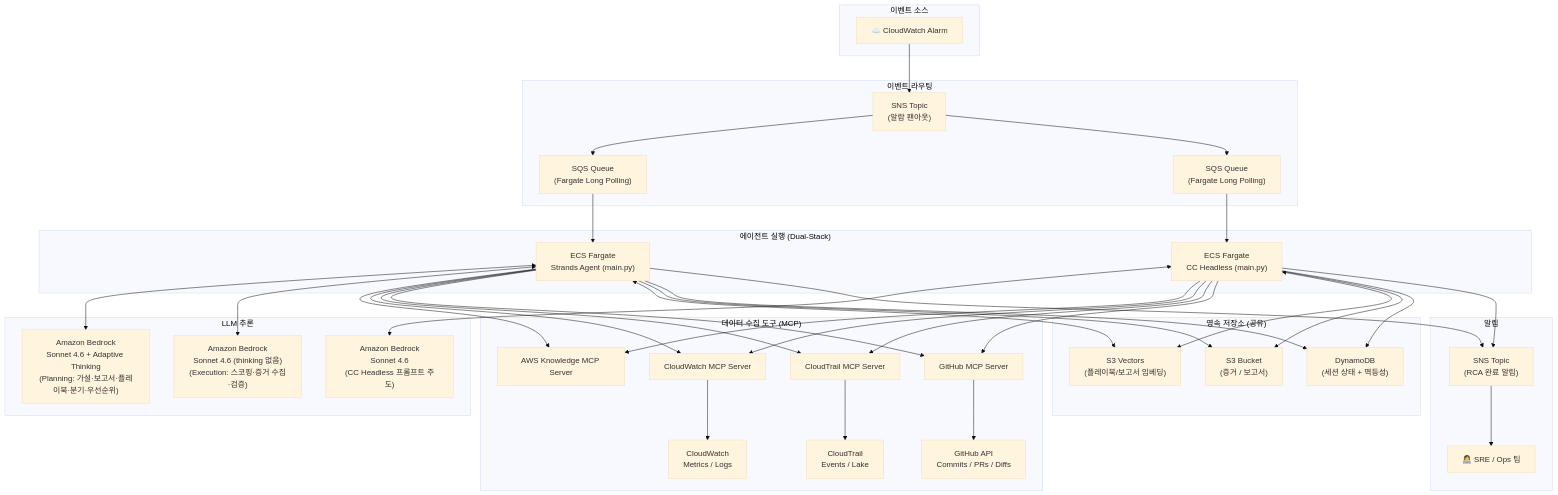
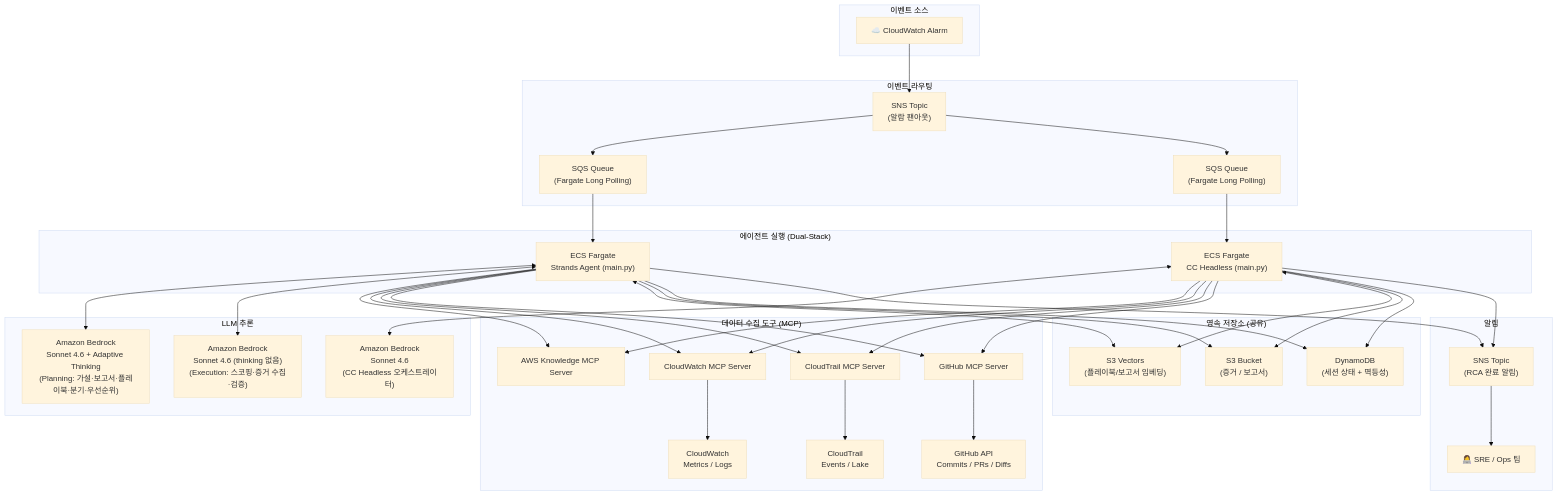
Before and after one commit to haandol/rca-agent: the first of 3 diagrams in docs/architecture.md, drawn with Mermaid (base theme). The commit also changed other lines of this file and 154 other files, not shown here.

````diff
--- a/docs/architecture.md
+++ b/docs/architecture.md
@@ -22,71 +22,71 @@
 ```mermaid
 graph TB
     subgraph EventSource["이벤트 소스"]
         CW_ALARM["☁️ CloudWatch Alarm"]
     end
 
     subgraph Messaging["이벤트 라우팅"]
         SNS_IN["SNS Topic<br/>(알람 팬아웃)"]
         SQS_FARGATE["SQS Queue<br/>(Fargate Long Polling)"]
         SQS_CC["SQS Queue<br/>(Fargate Long Polling)"]
     end
 
     subgraph Compute["에이전트 실행 (Dual-Stack)"]
         ECS["ECS Fargate<br/>Strands Agent (main.py)"]
         ECS_CC["ECS Fargate<br/>CC Headless (main.py)"]
     end
 
     subgraph LLM["LLM 추론"]
         BEDROCK_PLAN["Amazon Bedrock<br/>Sonnet 4.6 + Adaptive Thinking<br/>(Planning: 가설·보고서·플레이북·분기·우선순위)"]
         BEDROCK_EXEC["Amazon Bedrock<br/>Sonnet 4.6 (thinking 없음)<br/>(Execution: 스코핑·증거 수집·검증)"]
-        BEDROCK_CC["Amazon Bedrock<br/>Sonnet 4.6<br/>(CC Headless 프롬프트 주도)"]
+        BEDROCK_CC["Amazon Bedrock<br/>Sonnet 4.6<br/>(CC Headless 오케스트레이터)"]
     end
 
     subgraph DataTools["데이터 수집 도구 (MCP)"]
         AK_MCP["AWS Knowledge MCP Server"]
         CW_MCP["CloudWatch MCP Server"]
         CT_MCP["CloudTrail MCP Server"]
         GH_MCP["GitHub MCP Server"]
         CW_API["CloudWatch<br/>Metrics / Logs"]
         CT_API["CloudTrail<br/>Events / Lake"]
         GH_API["GitHub API<br/>Commits / PRs / Diffs"]
     end
 
     subgraph Storage["영속 저장소 (공유)"]
         S3_VECTORS["S3 Vectors<br/>(플레이북/보고서 임베딩)"]
         S3["S3 Bucket<br/>(증거 / 보고서)"]
         DDB["DynamoDB<br/>(세션 상태 + 멱등성)"]
     end
 
     subgraph Notification["알림"]
         SNS_OUT["SNS Topic<br/>(RCA 완료 알림)"]
         SRE["👩‍💻 SRE / Ops 팀"]
     end
 
     CW_ALARM --> SNS_IN
     SNS_IN --> SQS_FARGATE --> ECS
     SNS_IN --> SQS_CC --> ECS_CC
     ECS <--> BEDROCK_PLAN
     ECS <--> BEDROCK_EXEC
     ECS_CC <--> BEDROCK_CC
     ECS --> AK_MCP
     ECS --> CW_MCP
     ECS --> CT_MCP
     ECS --> GH_MCP
     ECS_CC --> AK_MCP
     ECS_CC --> CW_MCP
     ECS_CC --> CT_MCP
     ECS_CC --> GH_MCP
     CW_MCP --> CW_API
     CT_MCP --> CT_API
     GH_MCP --> GH_API
     ECS <--> S3_VECTORS
     ECS --> S3
     ECS --> DDB
     ECS_CC <--> S3_VECTORS
     ECS_CC --> S3
     ECS_CC --> DDB
     ECS --> SNS_OUT
     ECS_CC --> SNS_OUT
     SNS_OUT --> SRE
 ```
````
